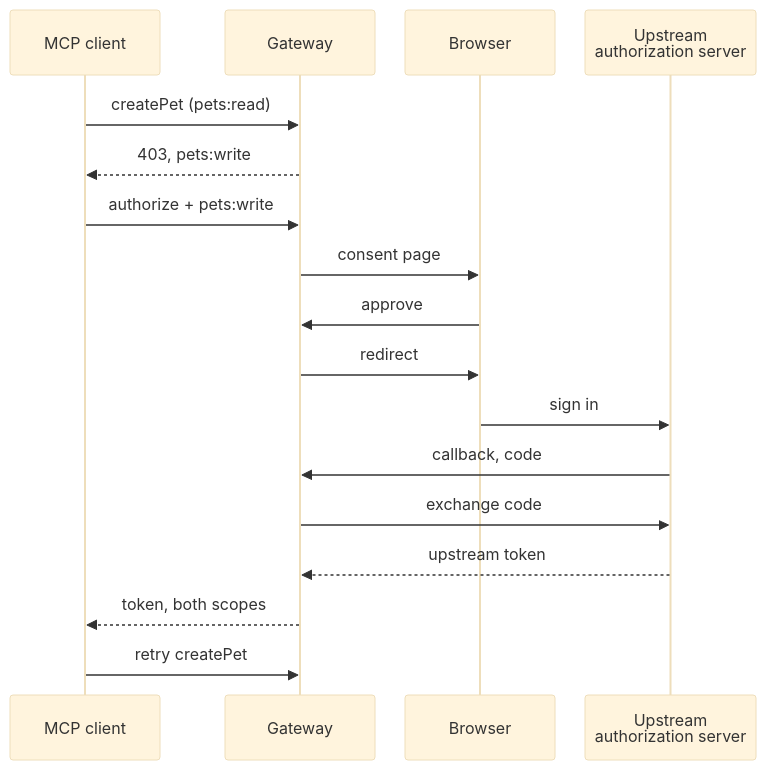
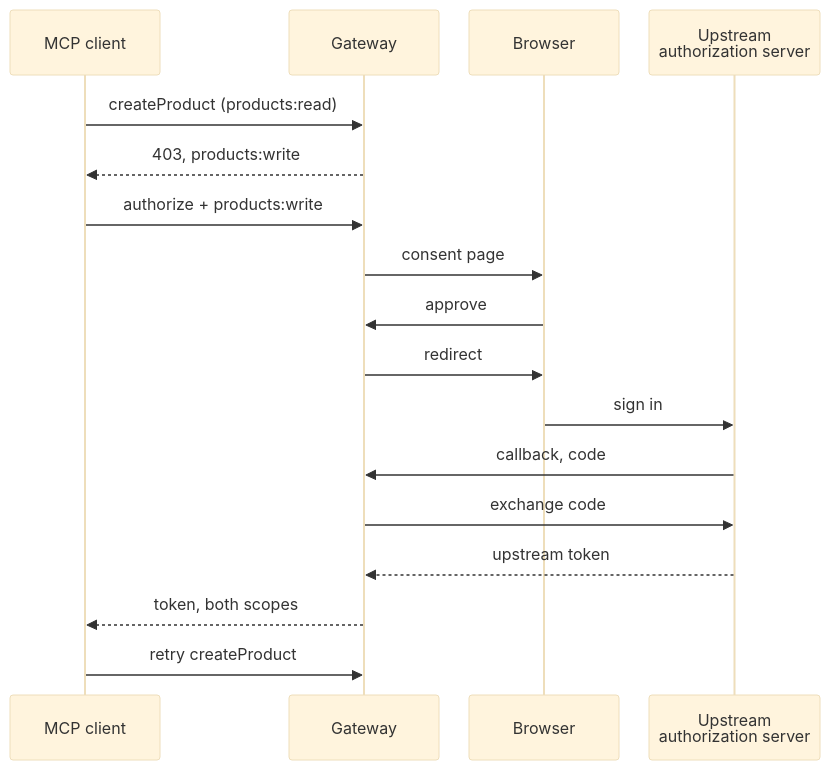
One commit to mroops0111/openapi-mcp-gateway changed the third of 3 diagrams in docs/concepts/scope-model.md. Above: the diagram before and after it, drawn with Mermaid (base theme). The commit also changed other lines of this file and 208 other files, not shown here.

````diff
--- a/docs/concepts/scope-model.md
+++ b/docs/concepts/scope-model.md
@@ -111,20 +111,20 @@
 ```mermaid
 %%{init: {"sequence": {"actorMargin": 30}}}%%
 sequenceDiagram
     participant Client as MCP client
     participant Gateway
     participant User as Browser
     participant Upstream as Upstream<br>authorization server
-    Client->>Gateway: createPet (pets:read)
-    Gateway-->>Client: 403, pets:write
-    Client->>Gateway: authorize + pets:write
+    Client->>Gateway: createProduct (products:read)
+    Gateway-->>Client: 403, products:write
+    Client->>Gateway: authorize + products:write
     Gateway->>User: consent page
     User->>Gateway: approve
     Gateway->>User: redirect
     User->>Upstream: sign in
     Upstream->>Gateway: callback, code
     Gateway->>Upstream: exchange code
     Upstream-->>Gateway: upstream token
     Gateway-->>Client: token, both scopes
-    Client->>Gateway: retry createPet
+    Client->>Gateway: retry createProduct
 ```
````
